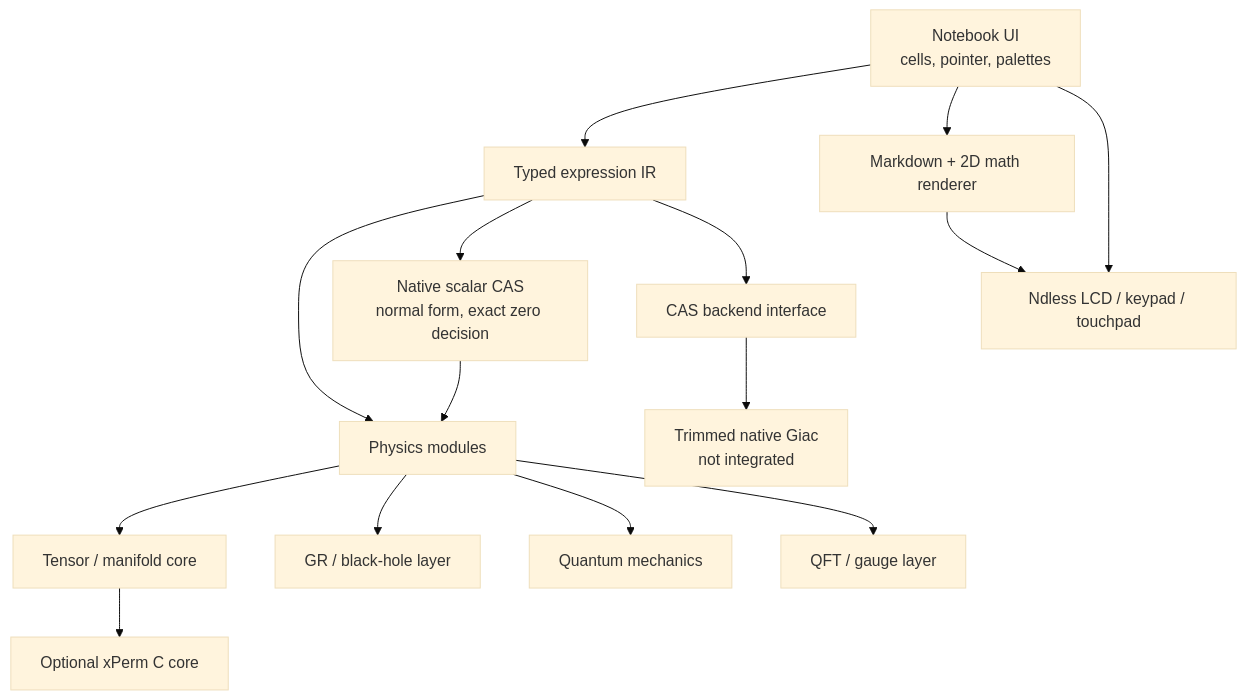
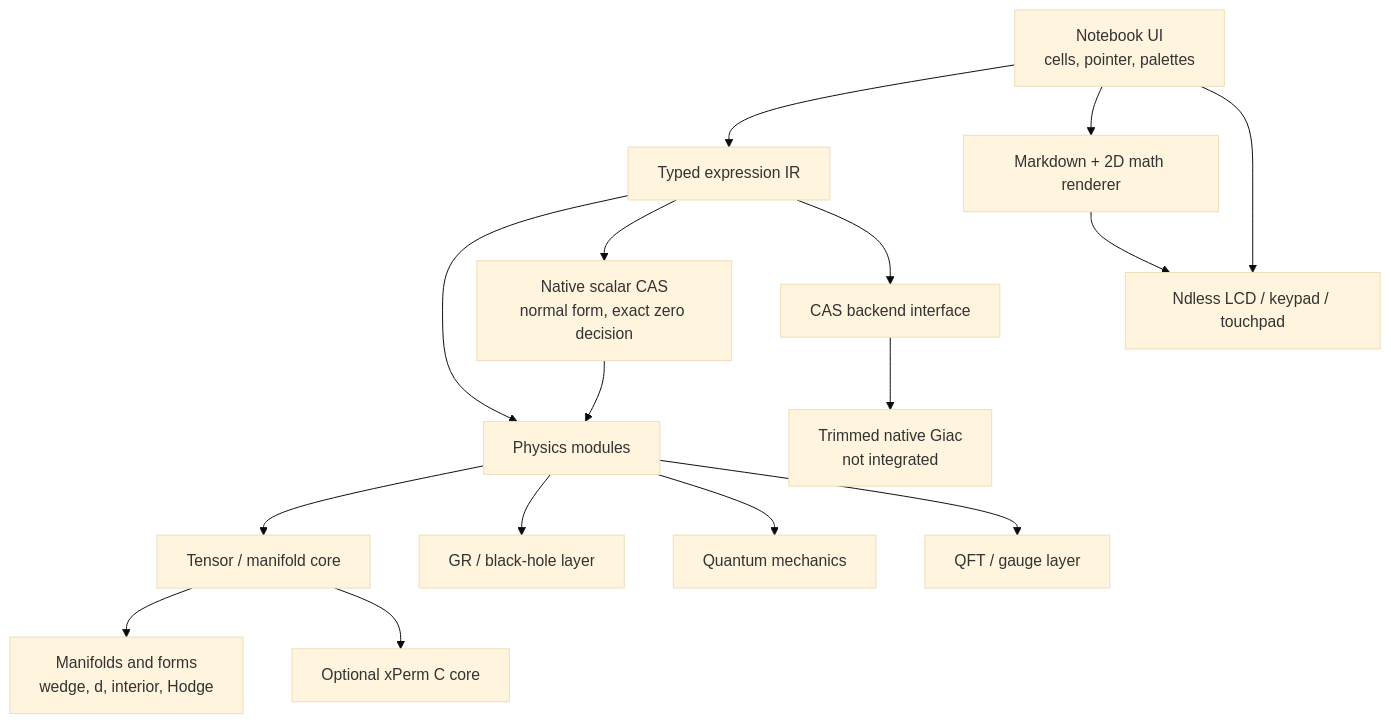
Before and after one commit to Zhen-WushuiLingchun/Phy-nspire: the diagram in docs/ARCHITECTURE.md, drawn with Mermaid (base theme). The commit also changed other lines of this file and 28 other files, not shown here.

````diff
--- a/docs/ARCHITECTURE.md
+++ b/docs/ARCHITECTURE.md
@@ -8,17 +8,18 @@
 ```mermaid
 flowchart TD
     UI["Notebook UI<br/>cells, pointer, palettes"] --> IR["Typed expression IR"]
     UI --> RENDER["Markdown + 2D math renderer"]
     IR --> PHYS["Physics modules"]
     PHYS --> TENSOR["Tensor / manifold core"]
     PHYS --> GR["GR / black-hole layer"]
     PHYS --> QM["Quantum mechanics"]
     PHYS --> QFT["QFT / gauge layer"]
     IR --> SCALAR["Native scalar CAS<br/>normal form, exact zero decision"]
     SCALAR --> PHYS
     IR --> BACKEND["CAS backend interface"]
     BACKEND --> GIAC["Trimmed native Giac<br/>not integrated"]
+    TENSOR --> GEOM["Manifolds and forms<br/>wedge, d, interior, Hodge"]
     TENSOR --> XPERM["Optional xPerm C core"]
     RENDER --> PLATFORM["Ndless LCD / keypad / touchpad"]
     UI --> PLATFORM
 ```
````
